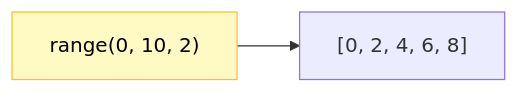
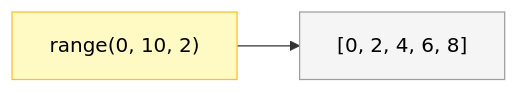
Before and after one commit to AyushSingh360/my-python-notebook: the fourth of 4 diagrams in 02_Data_Types_and_Operators/README.md, drawn with Mermaid. The commit also changed other lines of this file and 2 other files, not shown here.

````diff
--- a/02_Data_Types_and_Operators/README.md
+++ b/02_Data_Types_and_Operators/README.md
@@ -93,5 +97,6 @@
 ```mermaid
 graph LR
     R["range(0, 10, 2)"] --> S["[0, 2, 4, 6, 8]"]
     style R fill:#fff9c4,stroke:#fbc02d,color:#000
+    style S fill:#f5f5f5,stroke:#9e9e9e,color:#000
 ```
````
